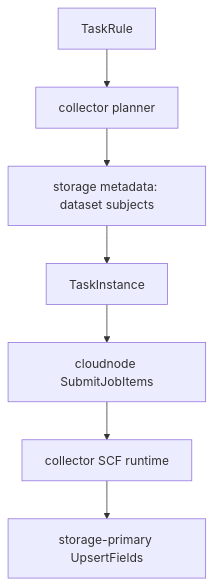
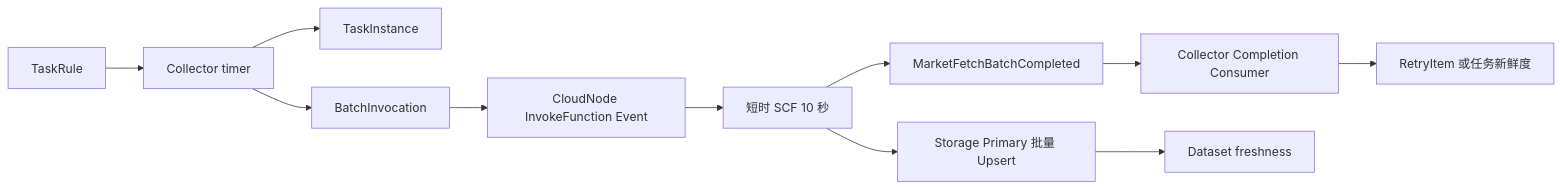
Before and after one commit to mooyang-code/moox: the diagram in docs/采集任务管理.md, drawn with Mermaid. The commit also changed other lines of this file and 144 other files, not shown here.

Commit message:
feat(collector): use short-lived SCF market fetch

````diff
--- a/docs/采集任务管理.md
+++ b/docs/采集任务管理.md
@@ -62,9 +29,13 @@
 ```mermaid
-flowchart TD
-  Rule["TaskRule"] --> Planner["collector planner"]
-  Planner --> Metadata["storage metadata: dataset subjects"]
-  Metadata --> Instance["TaskInstance"]
-  Instance --> CloudNode["cloudnode SubmitJobItems"]
-  CloudNode --> SCF["collector SCF runtime"]
-  SCF --> Storage["storage-primary UpsertFields"]
+flowchart LR
+  Rule["TaskRule"] --> Scheduler["Collector timer"]
+  Scheduler --> Instance["TaskInstance"]
+  Scheduler --> Batch["BatchInvocation"]
+  Batch --> CloudNode["CloudNode InvokeFunction Event"]
+  CloudNode --> SCF["短时 SCF 10 秒"]
+  SCF --> Storage["Storage Primary 批量 Upsert"]
+  SCF --> EventBus["MarketFetchBatchCompleted"]
+  EventBus --> Completion["Collector Completion Consumer"]
+  Completion --> Retry["RetryItem 或任务新鲜度"]
+  Storage --> Monitor["Dataset freshness"]
 ```
````
